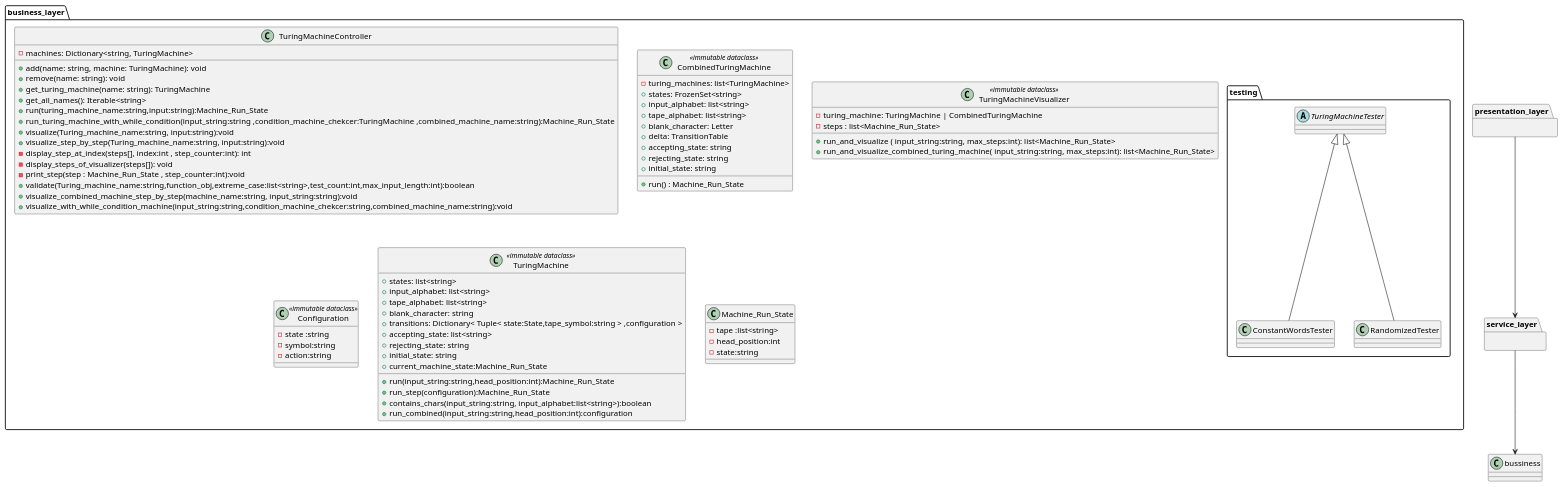
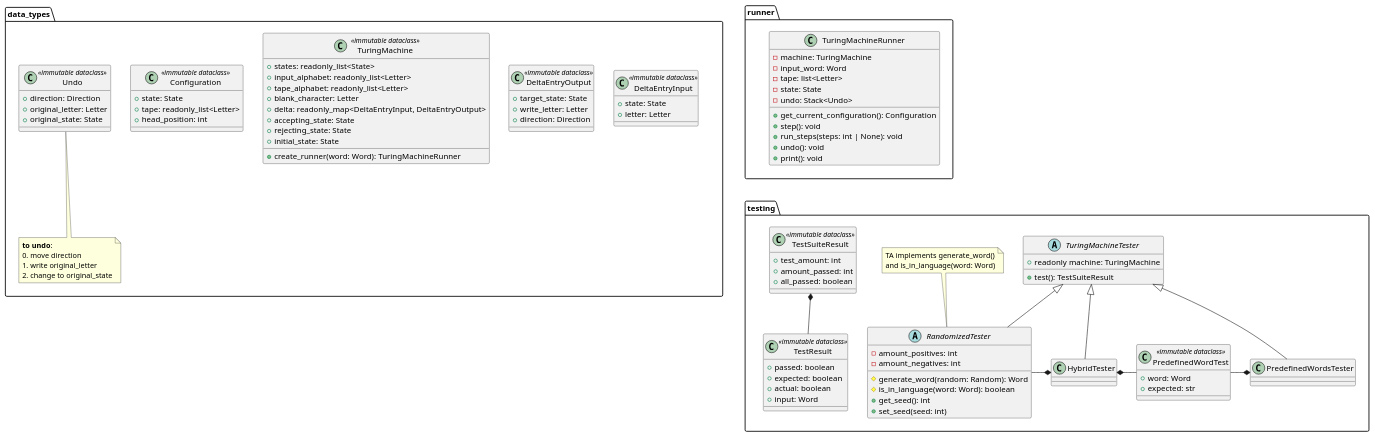
One commit to Turing-Machine-Tutor/Turing-Machine-Tutor changed the diagram in docs/uml/bussiness_layer.puml. Above: the diagram before and after it, drawn with PlantUML. The commit also changed 1 other file, not shown here.

```diff
--- a/docs/uml/bussiness_layer.puml
+++ b/docs/uml/bussiness_layer.puml
@@ -1,111 +1,127 @@
 @startuml
 
+package data_types {
 
-
-package business_layer {
-    class TuringMachineController {
-        - machines: Dictionary<string, TuringMachine>
-        + add(name: string, machine: TuringMachine): void
-        + remove(name: string): void
-        + get_turing_machine(name: string): TuringMachine
-        + get_all_names(): Iterable<string>
-        + run(turing_machine_name:string,input:string):Machine_Run_State
-        +run_turing_machine_with_while_condition(input_string:string ,condition_machine_chekcer:TuringMachine ,combined_machine_name:string):Machine_Run_State
-        +visualize(Turing_machine_name:string, input:string):void
-        +visualize_step_by_step(Turing_machine_name:string, input:string):void
-        -display_step_at_index(steps[], index:int , step_counter:int): int
-        -display_steps_of_visualizer(steps[]): void
-        -print_step(step : Machine_Run_State , step_counter:int):void
-        +validate(Turing_machine_name:string,function_obj,extreme_case:list<string>,test_count:int,max_input_length:int):boolean
-        +visualize_combined_machine_step_by_step(machine_name:string, input_string:string):void
-        +visualize_with_while_condition_machine(input_string:string,condition_machine_chekcer:string,combined_machine_name:string):void
+    class TuringMachine <<immutable dataclass>> {
+        + states: readonly_list<State>
+        + input_alphabet: readonly_list<Letter>
+        + tape_alphabet: readonly_list<Letter>
+        + blank_character: Letter
+        + delta: readonly_map<DeltaEntryInput, DeltaEntryOutput>
+        + accepting_state: State
+        + rejecting_state: State
+        + initial_state: State
+        + create_runner(word: Word): TuringMachineRunner
     }
 
 
- class CombinedTuringMachine <<immutable dataclass>> {
-        -turing_machines: list<TuringMachine>
-        +run() : Machine_Run_State
-        + states: FrozenSet<string>
-        + input_alphabet: list<string>
-        + tape_alphabet: list<string>
-        + blank_character: Letter
-        + delta: TransitionTable
-        + accepting_state: string
-        + rejecting_state: string
-        + initial_state: string
+    class DeltaEntryInput <<immutable dataclass>> {
+        + state: State
+        + letter: Letter
+    }
+
+    class DeltaEntryOutput <<immutable dataclass>> {
+        + target_state: State
+        + write_letter: Letter
+        + direction: Direction
+    }
+
+    class Configuration <<immutable dataclass>> {
+        + state: State
+        + tape: readonly_list<Letter>
+        + head_position: int
+    }
+
+    class Undo <<immutable dataclass>> {
+        + direction: Direction
+        + original_letter: Letter
+        + original_state: State
+    }
+
+    note bottom of Undo {
+        **to undo**:
+        0. move direction
+        1. write original_letter
+        2. change to original_state
+    }
+
+    DeltaEntryOutput --[hidden]r-- DeltaEntryInput
+}
+
+package runner {
+    class TuringMachineRunner {
+        - machine: TuringMachine
+        - input_word: Word
+        - tape: list<Letter>
+        - state: State
+        - undo: Stack<Undo>
+        + get_current_configuration(): Configuration
+        + step(): void
+        + run_steps(steps: int | None): void
+        + undo(): void
+        + print(): void
+    }
+}
+
+package testing {
+    abstract class TuringMachineTester {
+        + readonly machine: TuringMachine
+        + test(): TestSuiteResult
+    }
+
+    class PredefinedWordsTester {
 
     }
 
-
-     class TuringMachineVisualizer <<immutable dataclass>> {
-        -turing_machine: TuringMachine | CombinedTuringMachine
-        -steps : list<Machine_Run_State>
-        +run_and_visualize ( input_string:string, max_steps:int): list<Machine_Run_State>
-        +run_and_visualize_combined_turing_machine( input_string:string, max_steps:int): list<Machine_Run_State>
+    abstract class RandomizedTester {
+        # generate_word(random: Random): Word
+        # is_in_language(word: Word): boolean
+        - amount_positives: int
+        - amount_negatives: int
+        + get_seed(): int
+        + set_seed(seed: int)
     }
 
-    class Configuration <<immutable dataclass>> {
-         -state :string
-        -symbol:string
-        -action:string
+    note top of RandomizedTester {
+        TA implements generate_word()
+        and is_in_language(word: Word)
     }
 
-
-
-    class TuringMachine <<immutable dataclass>> {
-        + states: list<string>
-        + input_alphabet: list<string>
-        + tape_alphabet: list<string>
-        + blank_character: string
-        + transitions: Dictionary< Tuple< state:State,tape_symbol:string > ,configuration >
-        + accepting_state: list<string>
-        + rejecting_state: string
-        + initial_state: string
-        +current_machine_state:Machine_Run_State
-        +run(input_string:string,head_position:int):Machine_Run_State
-        +run_step(configuration):Machine_Run_State
-        +contains_chars(input_string:string, input_alphabet:list<string>):boolean
-        +run_combined(input_string:string,head_position:int):configuration
+    class HybridTester {
 
     }
 
-    class Machine_Run_State {
-       -tape :list<string>
-       -head_position:int
-       -state:string
+    class PredefinedWordTest <<immutable dataclass>> {
+        + word: Word
+        + expected: str
     }
 
+    PredefinedWordsTester *-l- PredefinedWordTest
+
+    PredefinedWordsTester -u-|> TuringMachineTester
+    RandomizedTester -u-|> TuringMachineTester
+    HybridTester -u-|> TuringMachineTester
+    HybridTester *-r- PredefinedWordTest
+    HybridTester *-l- RandomizedTester
+
+    class TestResult <<immutable dataclass>> {
+        + passed: boolean
+        + expected: boolean
+        + actual: boolean
+        + input: Word
+    }
+
+    class TestSuiteResult <<immutable dataclass>> {
+        + test_amount: int
+        + amount_passed: int
+        + all_passed: boolean
+    }
+
+    TestSuiteResult *-- TestResult
+}
+
+data_types -[hidden]d- testing
+data_types -[hidden]r- runner
 
 
-package testing {
-    abstract class TuringMachineTester {
-
-    }
-
-    class ConstantWordsTester {
-
-    }
-
-    class RandomizedTester {
-
-    }
-
-    ConstantWordsTester -u-|> TuringMachineTester
-    RandomizedTester -u-|> TuringMachineTester
-
-    }
-}
-
-
-package service_layer {
-
-}
-
-package presentation_layer {
-
-}
-
-service_layer -d-> bussiness
-presentation_layer -d-> service_layer
-
 @enduml
```
